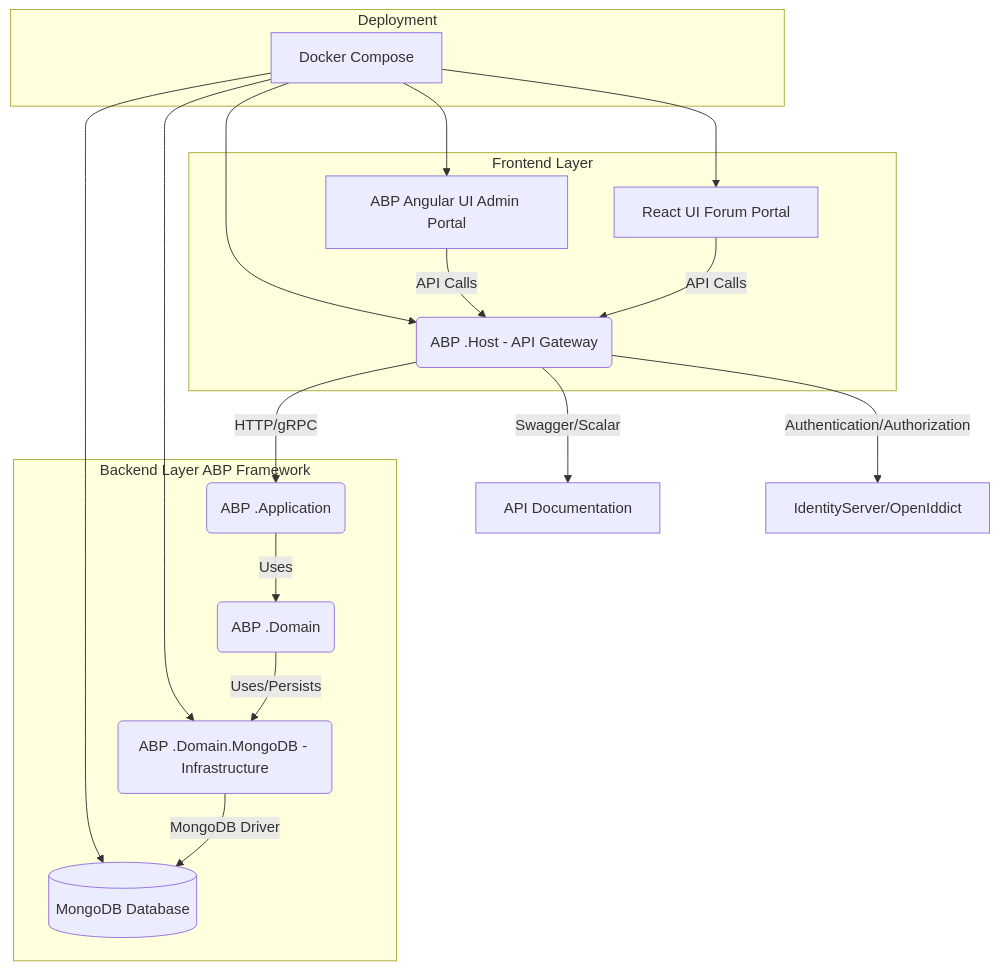
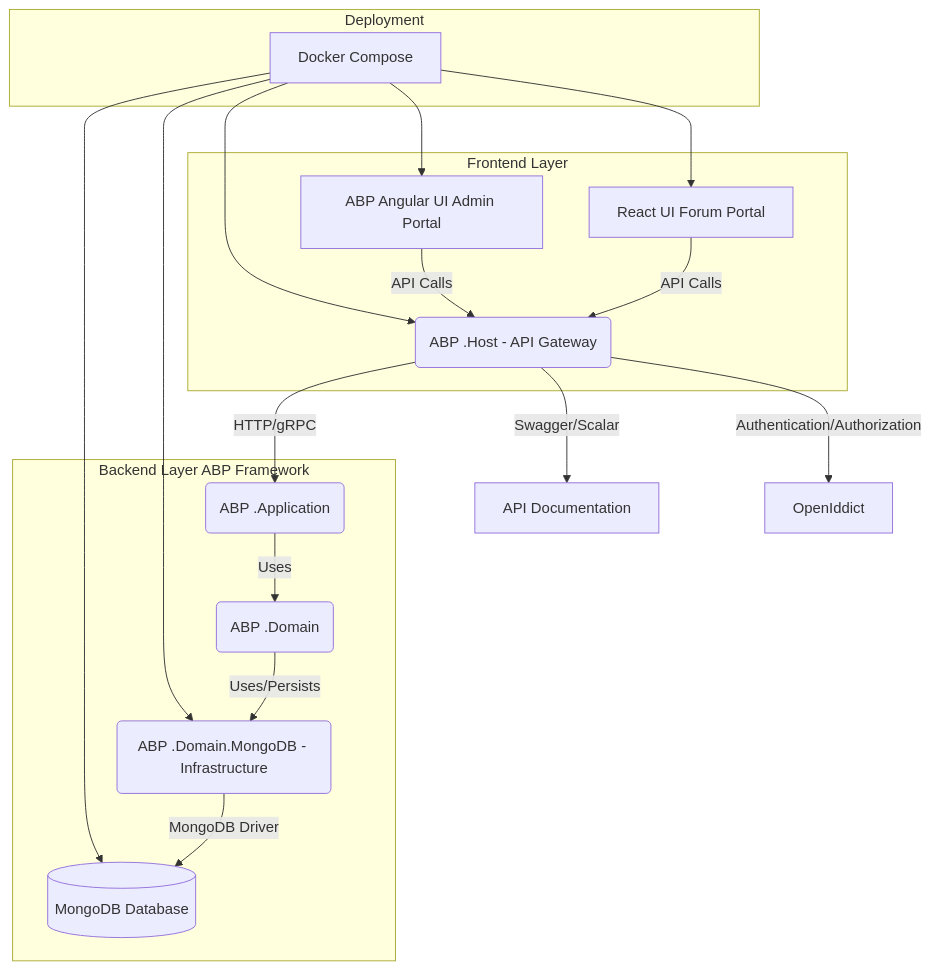
Before and after one commit to laugh0608/Radish: the diagram in docs/DevelopmentFramework.md, drawn with Mermaid. The commit also changed other lines of this file and 2 other files, not shown here.

````diff
--- a/docs/DevelopmentFramework.md
+++ b/docs/DevelopmentFramework.md
@@ -34,25 +34,25 @@
 ```mermaid
 graph TD
     subgraph Frontend Layer
         A[React UI Forum Portal] -->|API Calls| C(ABP .Host - API Gateway)
         B[ABP Angular UI Admin Portal] -->|API Calls| C
     end
 
     subgraph Backend Layer ABP Framework
         C -->|HTTP/gRPC| D(ABP .Application)
         D -->|Uses| E(ABP .Domain)
         E -->|Uses/Persists| F(ABP .Domain.MongoDB - Infrastructure)
         F -->|MongoDB Driver| G[(MongoDB Database)]
     end
 
     subgraph Deployment
         H[Docker Compose] --> C
         H --> F
         H --> G
         H --> A
         H --> B
     end
 
     C -->|Swagger/Scalar| I[API Documentation]
-    C -->|Authentication/Authorization| J[IdentityServer/OpenIddict]
+    C -->|Authentication/Authorization| J[OpenIddict]
 ```
````
